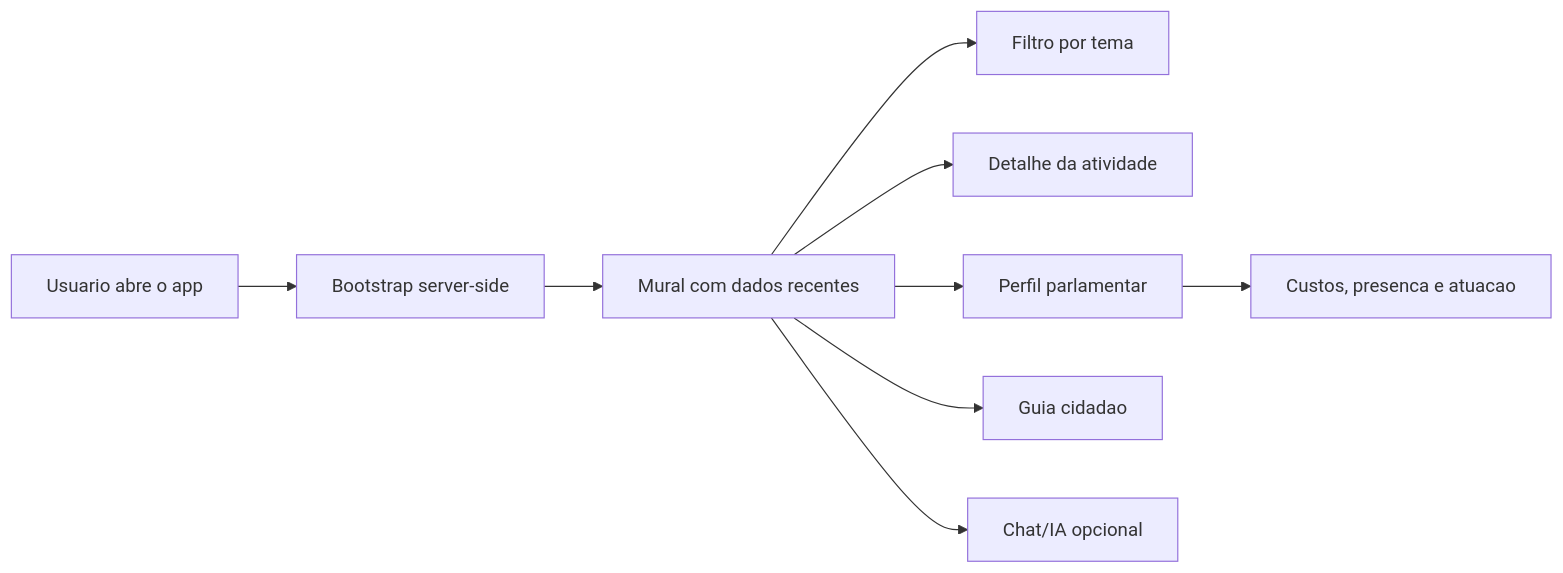
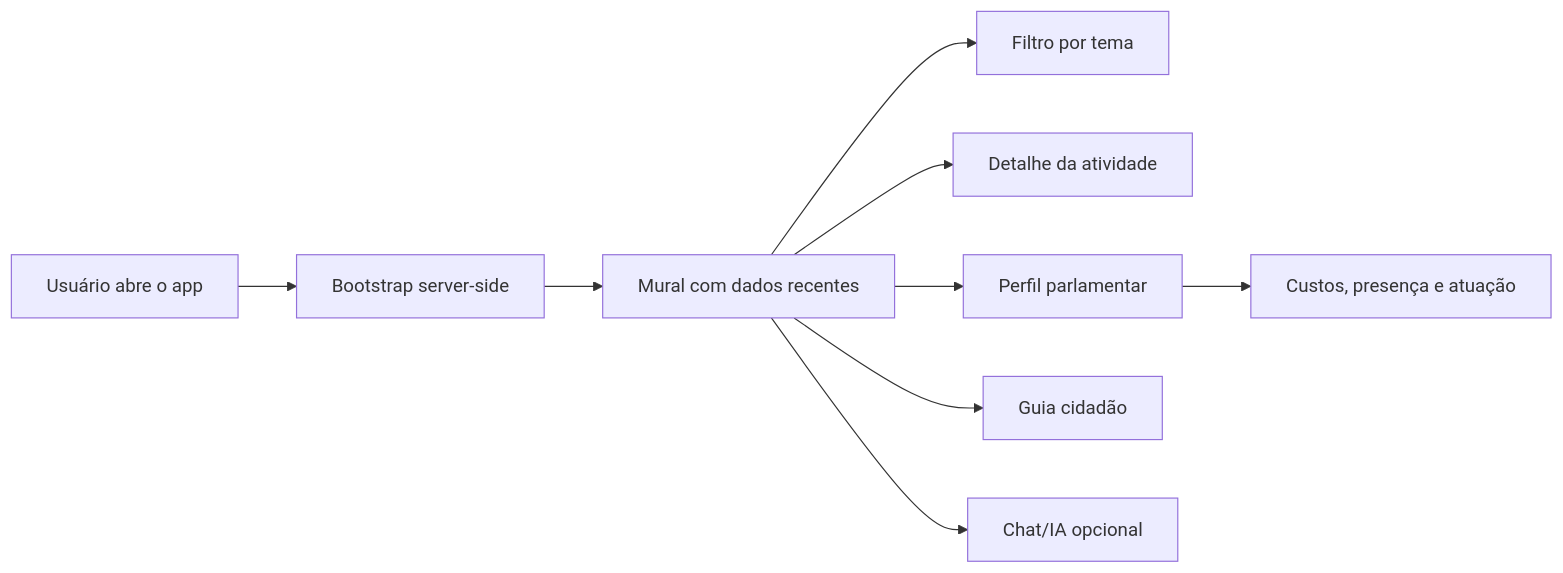
One commit to Chrisllan02/Papo-Reto changed the first of 2 diagrams in README.md. Above: the diagram before and after it, drawn with Mermaid. The commit also changed other lines of this file, not shown here.

````diff
--- a/README.md
+++ b/README.md
@@ -45,11 +45,11 @@
 ```mermaid
 flowchart LR
-  A["Usuario abre o app"] --> B["Bootstrap server-side"]
+  A["Usuário abre o app"] --> B["Bootstrap server-side"]
   B --> C["Mural com dados recentes"]
   C --> D["Filtro por tema"]
   C --> E["Detalhe da atividade"]
   C --> F["Perfil parlamentar"]
-  F --> G["Custos, presenca e atuacao"]
-  C --> H["Guia cidadao"]
+  F --> G["Custos, presença e atuação"]
+  C --> H["Guia cidadão"]
   C --> I["Chat/IA opcional"]
 ```
````
